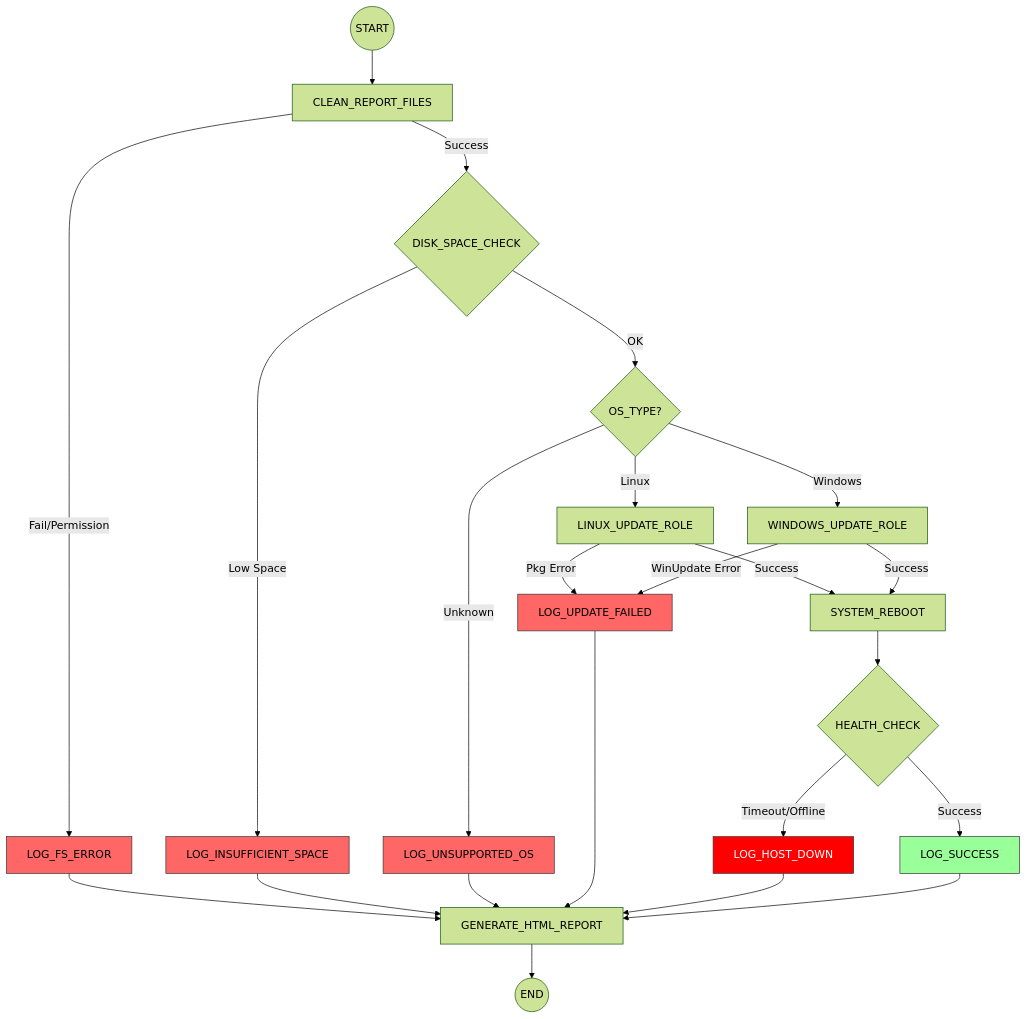
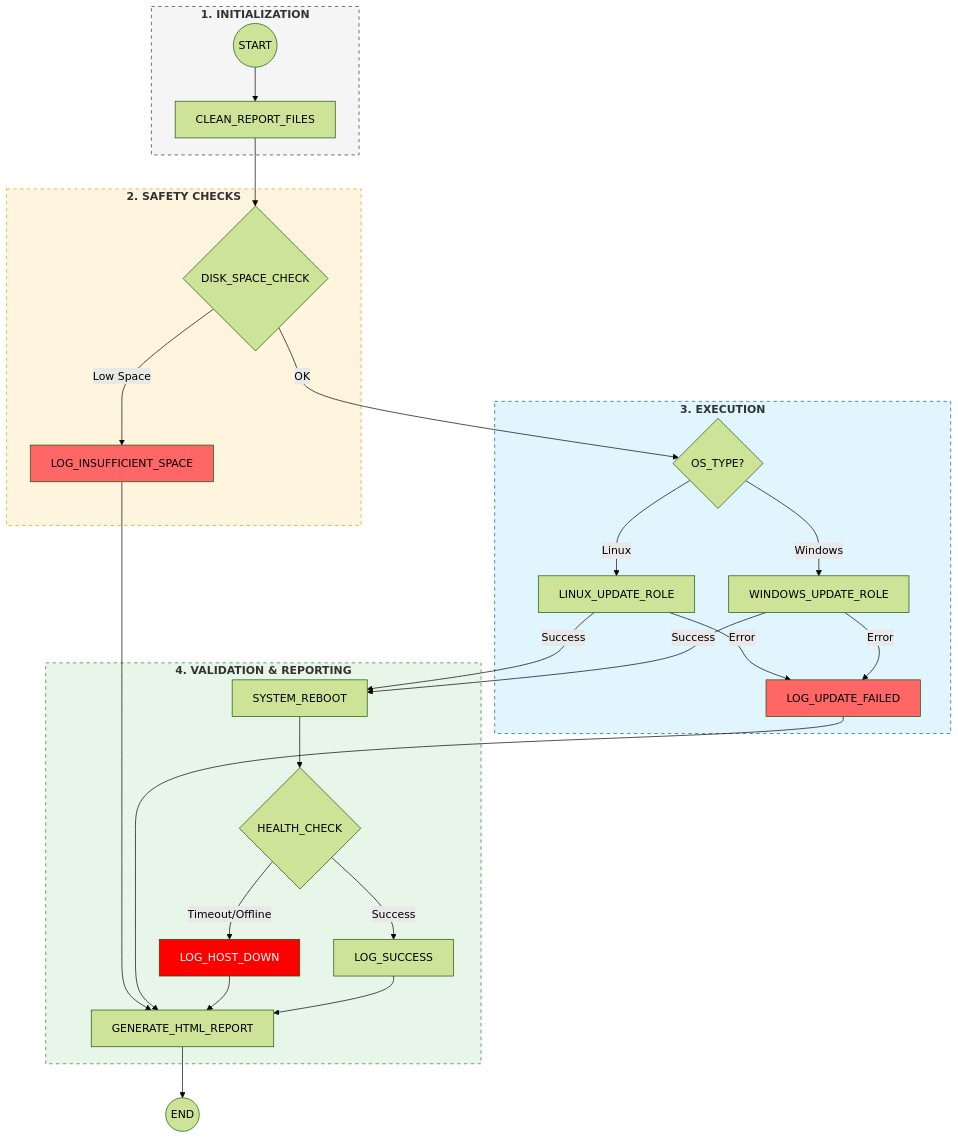
One commit to kenybapin/ansible-sys-updates changed the diagram in README.md. Above: the diagram before and after it, drawn with Mermaid (forest theme). The commit also changed other lines of this file, not shown here.

````diff
--- a/README.md
+++ b/README.md
@@ -9,48 +15,50 @@
 ```mermaid
 graph TD;
-    %% Phase Initialisation
-    START((START)) --> CLEAN[CLEAN_REPORT_FILES];
-    CLEAN -- Success --> SPACE{DISK_SPACE_CHECK};
-    CLEAN -- Fail/Permission --> ERR_INIT[LOG_FS_ERROR];
+    %% STEP 1: INITIALIZATION
+    subgraph STEP_1 [<b>1. INITIALIZATION</b>]
+        START((START)) --> CLEAN[CLEAN_REPORT_FILES];
+    end
 
-    %% Phase Pré-requis
-    SPACE -- OK --> OS_DECISION{OS_TYPE?};
-    SPACE -- Low Space --> ERR_SPACE[LOG_INSUFFICIENT_SPACE];
+    %% STEP 2: SAFETY CHECKS
+    subgraph STEP_2 [<b>2. SAFETY CHECKS</b>]
+        CLEAN --> SPACE{DISK_SPACE_CHECK};
+        SPACE -- Low Space --> ERR_SPACE[LOG_INSUFFICIENT_SPACE];
+    end
 
-    %% Phase Exécution
-    OS_DECISION -- Linux --> LIN_UPD[LINUX_UPDATE_ROLE];
-    OS_DECISION -- Windows --> WIN_UPD[WINDOWS_UPDATE_ROLE];
-    OS_DECISION -- Unknown --> ERR_OS[LOG_UNSUPPORTED_OS];
+    %% STEP 3: EXECUTION
+    subgraph STEP_3 [<b>3. EXECUTION</b>]
+        SPACE -- OK --> OS_DECISION{OS_TYPE?};
+        OS_DECISION -- Linux --> LIN_UPD[LINUX_UPDATE_ROLE];
+        OS_DECISION -- Windows --> WIN_UPD[WINDOWS_UPDATE_ROLE];
+        
+        LIN_UPD -- Error --> ERR_UPD[LOG_UPDATE_FAILED];
+        WIN_UPD -- Error --> ERR_UPD;
+    end
 
-    %% Erreurs pendant l'Update
-    LIN_UPD -- Pkg Error --> ERR_UPD[LOG_UPDATE_FAILED];
-    WIN_UPD -- WinUpdate Error --> ERR_UPD;
-
-    %% Phase Reboot & Validation
-    LIN_UPD -- Success --> REBOOT[SYSTEM_REBOOT];
-    WIN_UPD -- Success --> REBOOT;
-
-    REBOOT --> VALIDATE{HEALTH_CHECK};
-
-    %% Erreurs Post-Reboot
-    VALIDATE -- Timeout/Offline --> ERR_CRIT[LOG_HOST_DOWN];
-    VALIDATE -- Success --> ERR_NONE[LOG_SUCCESS];
-
-    %% Consolidation vers le Rapport
-    ERR_INIT --> HTML[GENERATE_HTML_REPORT];
-    ERR_SPACE --> HTML;
-    ERR_OS --> HTML;
-    ERR_UPD --> HTML;
-    ERR_CRIT --> HTML;
-    ERR_NONE --> HTML;
+    %% STEP 4: VALIDATION & REPORTING
+    subgraph STEP_4 [<b>4. VALIDATION & REPORTING</b>]
+        LIN_UPD -- Success --> REBOOT[SYSTEM_REBOOT];
+        WIN_UPD -- Success --> REBOOT;
+        
+        REBOOT --> VALIDATE{HEALTH_CHECK};
+        
+        VALIDATE -- Timeout/Offline --> ERR_CRIT[LOG_HOST_DOWN];
+        VALIDATE -- Success --> ERR_NONE[LOG_SUCCESS];
+        
+        ERR_SPACE --> HTML[GENERATE_HTML_REPORT];
+        ERR_UPD --> HTML;
+        ERR_CRIT --> HTML;
+        ERR_NONE --> HTML;
+    end
 
     HTML --> END((END));
 
-    %% Styling des erreurs
-    style ERR_INIT fill:#f66,stroke:#333
-    style ERR_SPACE fill:#f66,stroke:#333
-    style ERR_OS fill:#f66,stroke:#333
-    style ERR_UPD fill:#f66,stroke:#333
-    style ERR_CRIT fill:#ff0000,stroke:#333,color:#fff
-    style ERR_NONE fill:#9f9,stroke:#333
+    %% Styling
+    style STEP_1 fill:#f5f5f5,stroke:#333,stroke-dasharray: 5 5
+    style STEP_2 fill:#fff4dd,stroke:#d4a017,stroke-dasharray: 5 5
+    style STEP_3 fill:#e1f5fe,stroke:#01579b,stroke-dasharray: 5 5
+    style STEP_4 fill:#e8f5e9,stroke:#2e7d32,stroke-dasharray: 5 5
+    style ERR_SPACE fill:#f66
+    style ERR_UPD fill:#f66
+    style ERR_CRIT fill:#ff0000,color:#fff
 ```
````
